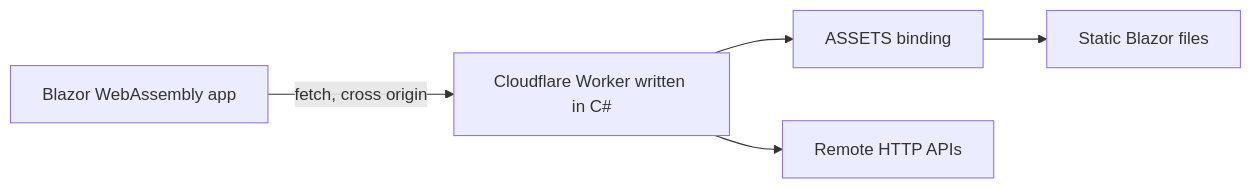
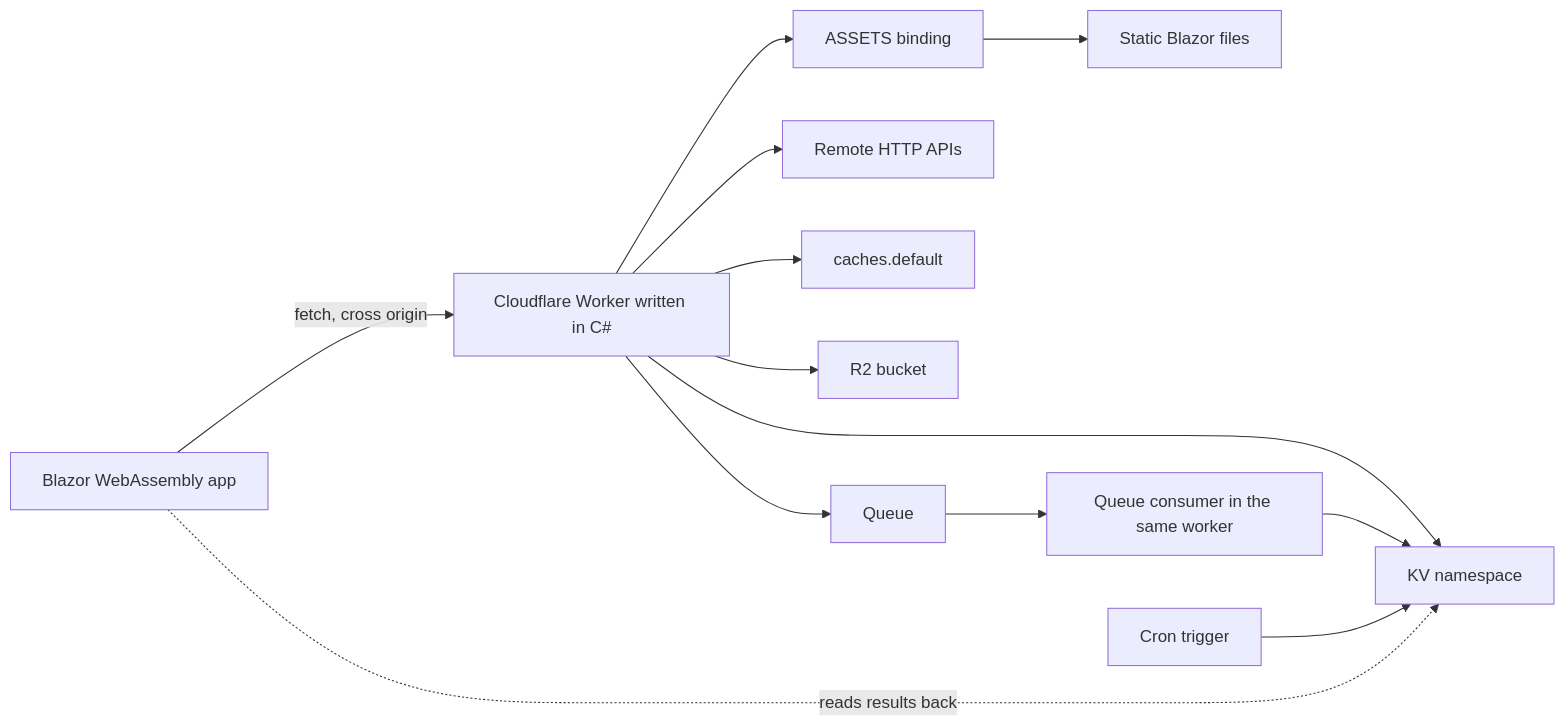
The diagram in README.md (michielpost/cloudflare-workers-dotnet), drawn with Mermaid before and after one commit. The commit also changed other lines of this file and 42 other files, not shown here.

````diff
--- a/README.md
+++ b/README.md
@@ -10,7 +10,15 @@
 ```mermaid
 flowchart LR
     A[Blazor WebAssembly app] -->|fetch, cross origin| B[Cloudflare Worker written in C#]
     B --> C[ASSETS binding]
     C --> D[Static Blazor files]
     B --> E[Remote HTTP APIs]
+    B --> F[caches.default]
+    B --> G[KV namespace]
+    B --> H[R2 bucket]
+    B --> I[Queue]
+    I --> J[Queue consumer in the same worker]
+    J --> G
+    K[Cron trigger] --> G
+    A -.->|reads results back| G
 ```
````
